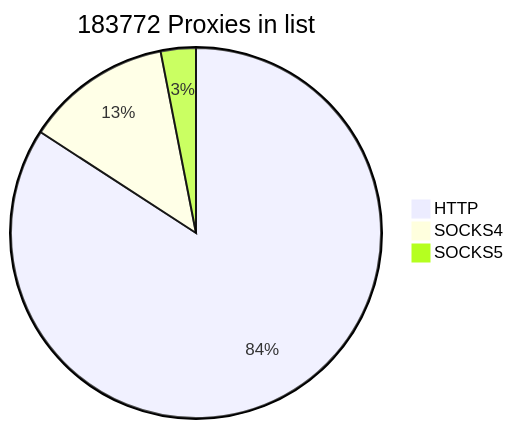
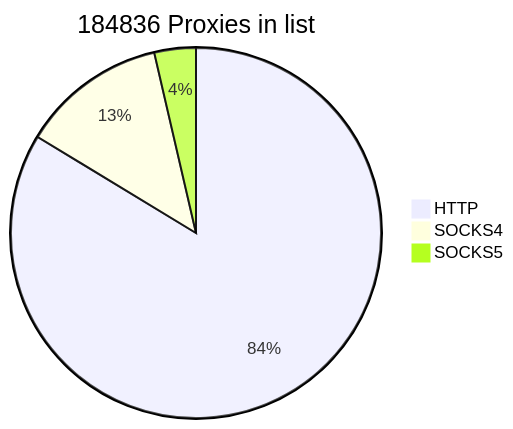
Before and after one commit to cutipu/proxylist: the first of 2 diagrams in README.md, drawn with Mermaid. The commit also changed other lines of this file, not shown here.

````diff
--- a/README.md
+++ b/README.md
@@ -2,7 +2,7 @@
 ```mermaid
-pie title 183772 Proxies in list
+pie title 184836 Proxies in list
     "HTTP" : 154672
     "SOCKS4" : 23466
-    "SOCKS5" : 5634
+    "SOCKS5" : 6698
             
 ```
````
